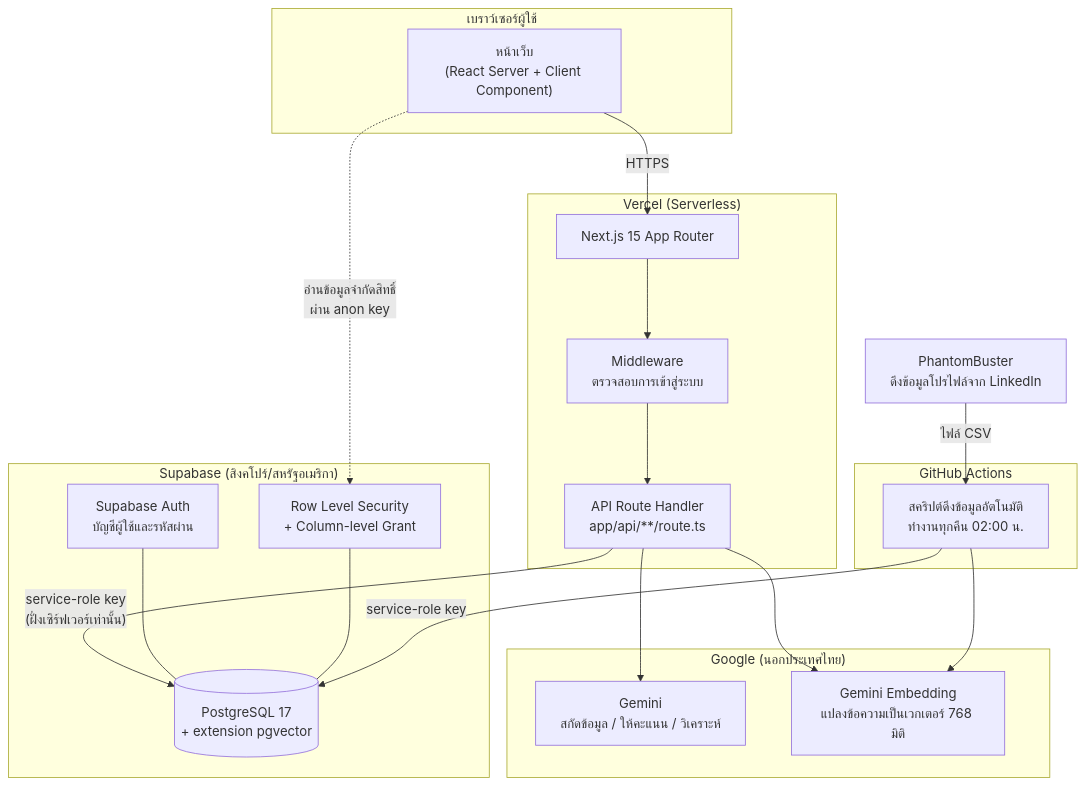
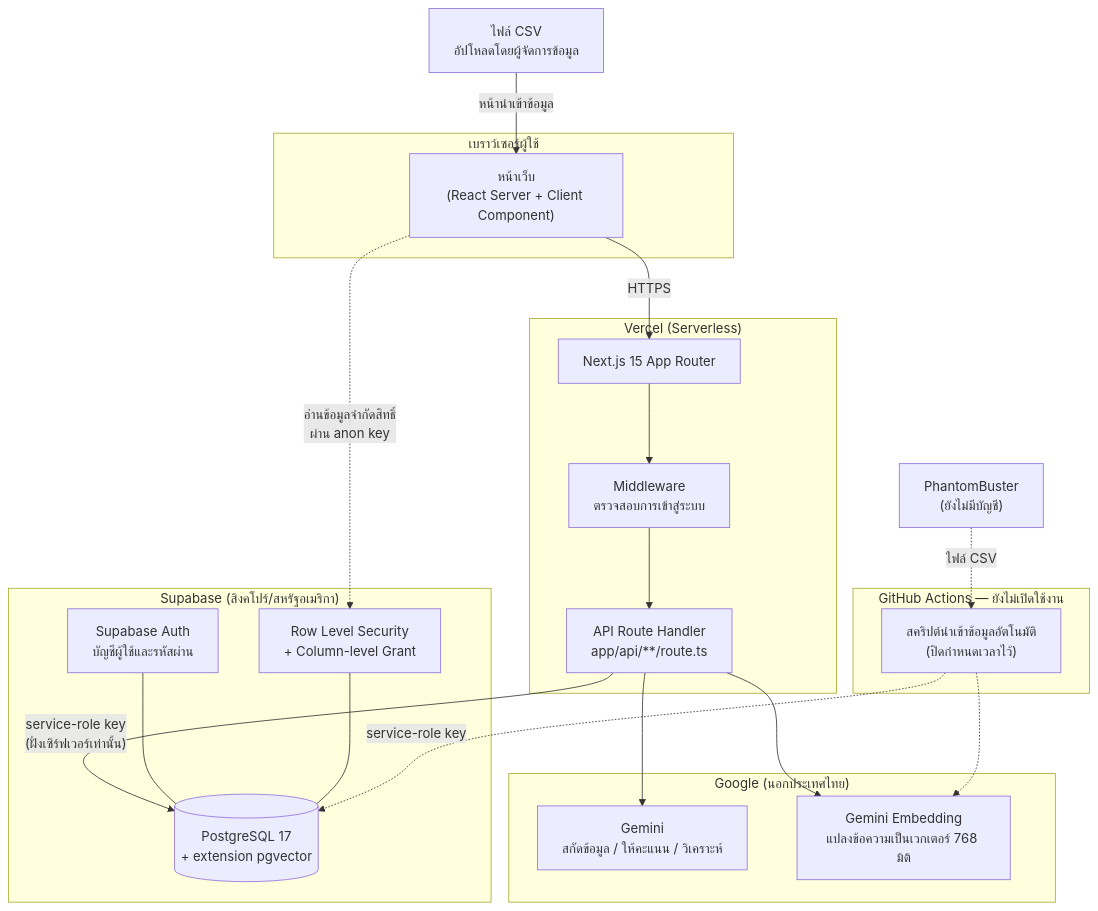
Before and after one commit to S-Tantiroj/skouth: the tenth of 10 diagrams in docs/thesis/2026-09-09-diagram-guide.md, drawn with Mermaid. The commit also changed other lines of this file and 41 other files, not shown here.

````diff
--- a/docs/thesis/2026-09-09-diagram-guide.md
+++ b/docs/thesis/2026-09-09-diagram-guide.md
@@ -547,42 +613,44 @@
 ```mermaid
 flowchart TB
     subgraph browser["เบราว์เซอร์ผู้ใช้"]
         UI["หน้าเว็บ<br>(React Server + Client Component)"]
     end
 
     subgraph vercel["Vercel (Serverless)"]
         NEXT["Next.js 15 App Router"]
         API["API Route Handler<br>app/api/**/route.ts"]
         MW["Middleware<br>ตรวจสอบการเข้าสู่ระบบ"]
     end
 
-    subgraph gha["GitHub Actions"]
-        CRON["สคริปต์ดึงข้อมูลอัตโนมัติ<br>ทำงานทุกคืน 02:00 น."]
+    subgraph gha["GitHub Actions — ยังไม่เปิดใช้งาน"]
+        CRON["สคริปต์นำเข้าข้อมูลอัตโนมัติ<br>(ปิดกำหนดเวลาไว้)"]
     end
 
     subgraph supabase["Supabase (สิงคโปร์/สหรัฐอเมริกา)"]
         AUTH["Supabase Auth<br>บัญชีผู้ใช้และรหัสผ่าน"]
         PG[("PostgreSQL 17<br>+ extension pgvector")]
         RLS["Row Level Security<br>+ Column-level Grant"]
     end
 
     subgraph google["Google (นอกประเทศไทย)"]
         GEN["Gemini<br>สกัดข้อมูล / ให้คะแนน / วิเคราะห์"]
         EMB["Gemini Embedding<br>แปลงข้อความเป็นเวกเตอร์ 768 มิติ"]
     end
 
-    PB["PhantomBuster<br>ดึงข้อมูลโปรไฟล์จาก LinkedIn"]
+    PB["PhantomBuster<br>(ยังไม่มีบัญชี)"]
+    CSV["ไฟล์ CSV<br>อัปโหลดโดยผู้จัดการข้อมูล"]
 
     UI -->|"HTTPS"| NEXT
     UI -.->|"อ่านข้อมูลจำกัดสิทธิ์<br>ผ่าน anon key"| RLS
     NEXT --> MW
     MW --> API
     API -->|"service-role key<br>(ฝั่งเซิร์ฟเวอร์เท่านั้น)"| PG
     API --> GEN
     API --> EMB
     AUTH --- PG
     RLS --- PG
-    PB -->|"ไฟล์ CSV"| CRON
-    CRON -->|"service-role key"| PG
-    CRON --> EMB
+    CSV -->|"หน้านำเข้าข้อมูล"| UI
+    PB -.->|"ไฟล์ CSV"| CRON
+    CRON -.->|"service-role key"| PG
+    CRON -.-> EMB
 ```
````
